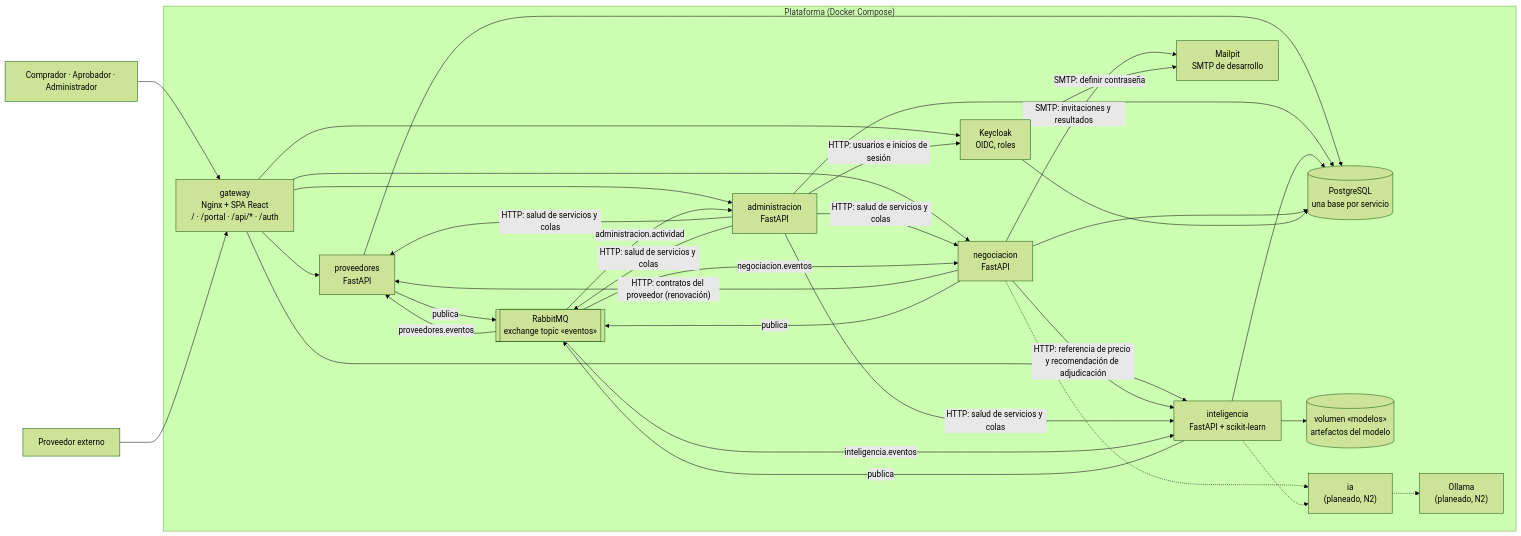
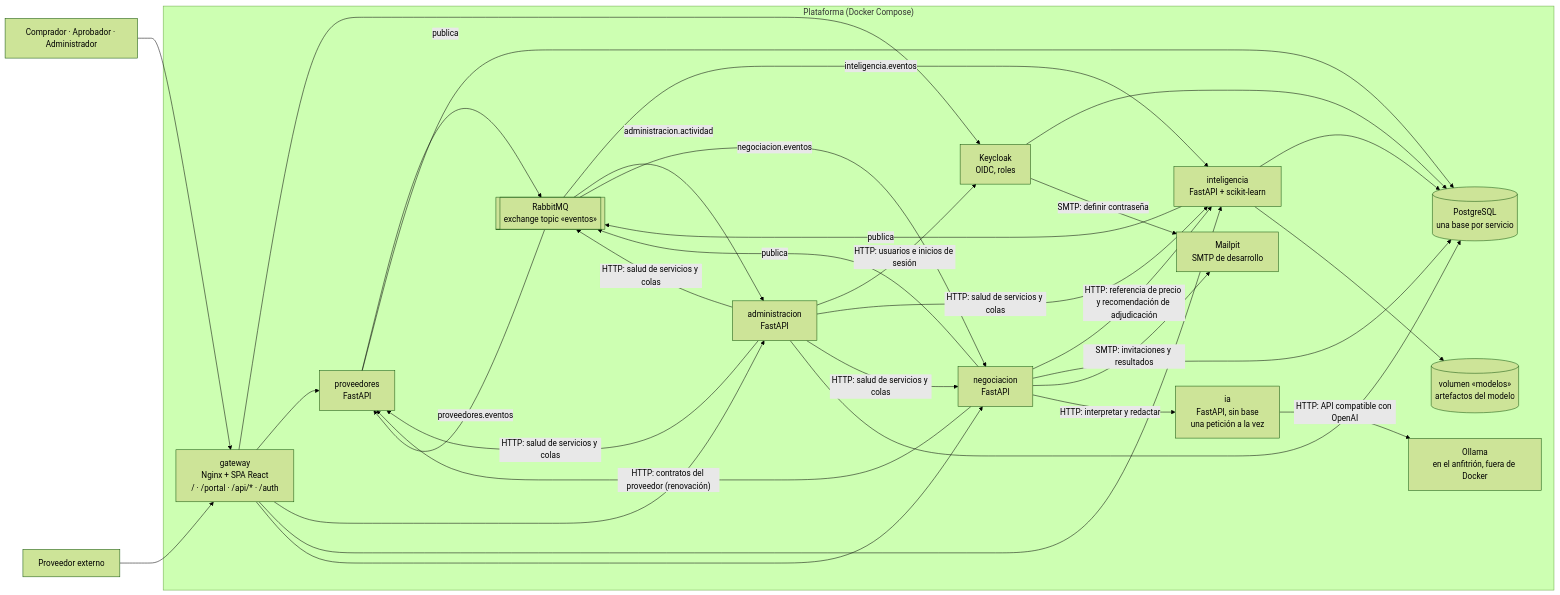
One commit to sibashdb/G19X-ITH-SDB-360-ACADEMIC changed the second of 4 diagrams in docs/arquitectura/c4.md. Above: the diagram before and after it, drawn with Mermaid (forest theme). The commit also changed other lines of this file and 12 other files, not shown here.

````diff
--- a/docs/arquitectura/c4.md
+++ b/docs/arquitectura/c4.md
@@ -39,45 +38,44 @@
 ```mermaid
 flowchart LR
   usuarios["Comprador · Aprobador · Administrador"] --> gw
   proveedor["Proveedor externo"] --> gw
 
   subgraph plataforma["Plataforma (Docker Compose)"]
     gw["gateway<br/>Nginx + SPA React<br/>/ · /portal · /api/* · /auth"]
     kc["Keycloak<br/>OIDC, roles"]
     pr["proveedores<br/>FastAPI"]
     ad["administracion<br/>FastAPI"]
     in["inteligencia<br/>FastAPI + scikit-learn"]
     ne["negociacion<br/>FastAPI"]
     mq[["RabbitMQ<br/>exchange topic «eventos»"]]
     pg[("PostgreSQL<br/>una base por servicio")]
     mp["Mailpit<br/>SMTP de desarrollo"]
     vol[("volumen «modelos»<br/>artefactos del modelo")]
-    ia["ia<br/>(planeado, N2)"]
-    ol["Ollama<br/>(planeado, N2)"]
+    ia["ia<br/>FastAPI, sin base<br/>una petición a la vez"]
+    ol["Ollama<br/>en el anfitrión, fuera de Docker"]
   end
 
   gw --> kc
   gw --> pr & ad & in & ne
 
   ne -- "HTTP: referencia de precio y recomendación de adjudicación" --> in
   ne -- "HTTP: contratos del proveedor (renovación)" --> pr
   ad -- "HTTP: usuarios e inicios de sesión" --> kc
   ad -- "HTTP: salud de servicios y colas" --> pr & in & ne & mq
 
   pr -- "publica" --> mq
   in -- "publica" --> mq
   ne -- "publica" --> mq
   mq -- "inteligencia.eventos" --> in
   mq -- "administracion.actividad" --> ad
   mq -- "negociacion.eventos" --> ne
   mq -- "proveedores.eventos" --> pr
 
   pr & ad & in & ne & kc --> pg
   in --> vol
   ne -- "SMTP: invitaciones y resultados" --> mp
   kc -- "SMTP: definir contraseña" --> mp
 
-  ne -.-> ia
-  in -.-> ia
-  ia -.-> ol
+  ne -- "HTTP: interpretar y redactar" --> ia
+  ia -- "HTTP: API compatible con OpenAI" --> ol
 ```
````
